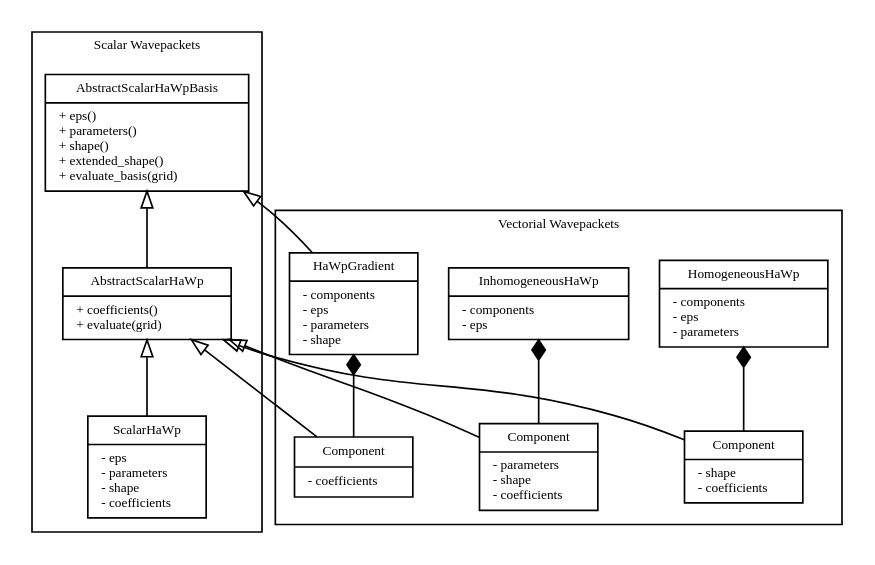
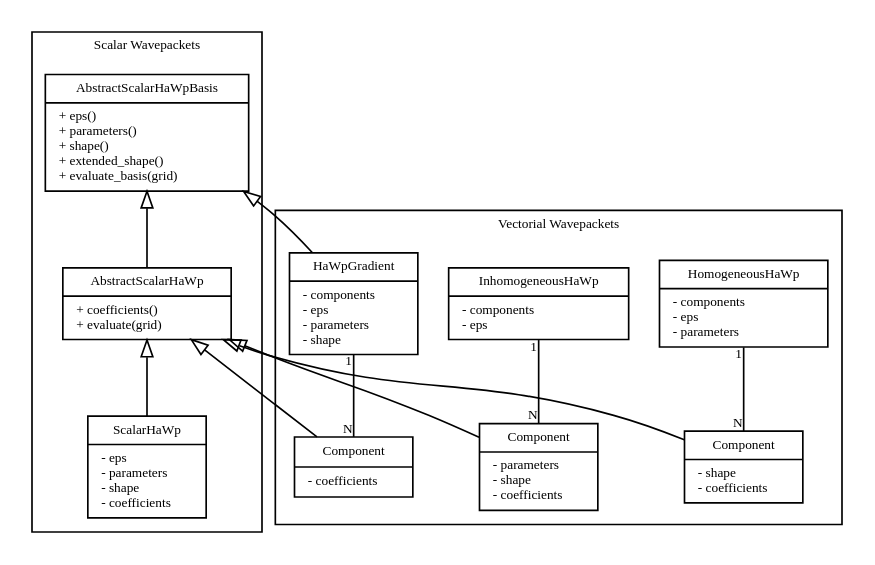
The diagram in doc/hawp_inheritance.dot (WaveBlocks/libwaveblocks), drawn with Graphviz before and after one commit. The commit also changed 1 other file, not shown here.

```diff
--- a/doc/hawp_inheritance.dot
+++ b/doc/hawp_inheritance.dot
@@ -1,95 +1,97 @@
 digraph HaWpInheritance {
     fontname = "Bitstream Vera Sans"
     fontsize = 8
 
     node [
         fontname = "Bitstream Vera Sans"
         fontsize = 8
         shape = "record"
     ]
 
     edge [
         fontname = "Bitstream Vera Sans"
         fontsize = 8
         
     ]
     
     subgraph clusterScalarWavepackets {
         label = "Scalar Wavepackets"
         
         AbstractScalarHaWpBasis [
             label = "{AbstractScalarHaWpBasis|+ eps() \l+ parameters() \l+ shape() \l+ extended_shape() \l+ evaluate_basis(grid) \l}"
             group = groupMain
         ]
         
         AbstractScalarHaWp [
             label = "{AbstractScalarHaWp|+ coefficients() \l+ evaluate(grid) \l}"
             group = groupMain
         ]
         
         ScalarHaWp [
             label = "{ScalarHaWp|- eps \l- parameters \l- shape \l- coefficients \l}"
             group = groupMain
         ]
         
         edge [
             arrowtail = "empty"
         ]
         
         AbstractScalarHaWpBasis -> AbstractScalarHaWp [dir="back"]
         AbstractScalarHaWp -> ScalarHaWp [dir="back"]
     }
     
     subgraph clusterVectorialWavepackets {
         label = "Vectorial Wavepackets"
         
         HomogeneousHaWp__Component [
             label = "{Component|- shape \l- coefficients \l}"
             group = groupHomogeneousHaWp
         ]
         
         HomogeneousHaWp [
             label = "{HomogeneousHaWp|- components \l- eps \l- parameters \l}"
             group = groupHomogeneousHaWp
         ]
         
         
         InhomogeneousHaWp__Component [
             label = "{Component|- parameters \l- shape\l- coefficients \l}"
             group = groupInhomogeneousHaWp
         ]
         
         InhomogeneousHaWp [
             label = "{InhomogeneousHaWp|- components \l- eps \l}"
             group = groupInhomogeneousHaWp
         ]
         
         
         HaWpGradient__Component [
             label = "{Component|- coefficients \l}"
             group = groupHaWpGradient
         ]
         
         HaWpGradient [
             label = "{HaWpGradient|- components \l- eps \l- parameters \l- shape \l}"
             group = groupHaWpGradient
         ]
         
         edge [
-            arrowtail = "diamond"
+            arrowtail = "none"
+            headlabel = "N"
+            taillabel = "1"
         ]
         
         HomogeneousHaWp -> HomogeneousHaWp__Component [dir="back"]
         InhomogeneousHaWp -> InhomogeneousHaWp__Component [dir="back"]
         HaWpGradient -> HaWpGradient__Component [dir="back"]
     }
     
     edge [
         arrowtail = "empty"
     ]
     
     AbstractScalarHaWpBasis -> HaWpGradient [dir="back"]
     AbstractScalarHaWp -> HomogeneousHaWp__Component [dir="back"]
     AbstractScalarHaWp -> InhomogeneousHaWp__Component [dir="back"]
     AbstractScalarHaWp -> HaWpGradient__Component  [dir="back"]
 }
```
